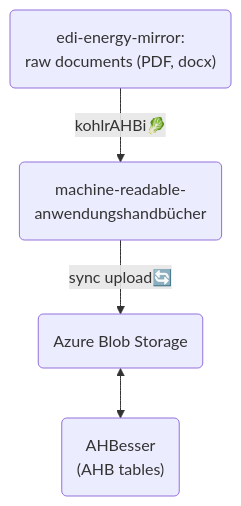
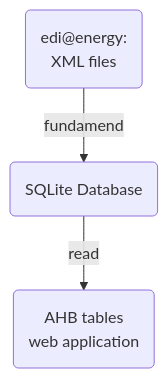
Before and after one commit to Hochfrequenz/ahbesser: the diagram in README.md, drawn with Mermaid. The commit also changed other lines of this file, not shown here.

````diff
--- a/README.md
+++ b/README.md
@@ -17,9 +25,7 @@
 ```mermaid
 flowchart TD
-    A("edi-energy-mirror:
-    raw documents (PDF, docx)") -->|kohlrAHBi🥬| B("machine-readable-
-    anwendungshandbücher")
-    B -->|sync upload🔄| C("Azure Blob Storage")
-    C <--> D("AHBesser
-    (AHB tables)")
+    A("edi@energy:
+    XML files") -->|fundamend| B("SQLite Database")
+    B -->|read| C("AHB tables
+    web application")
 ```
````
